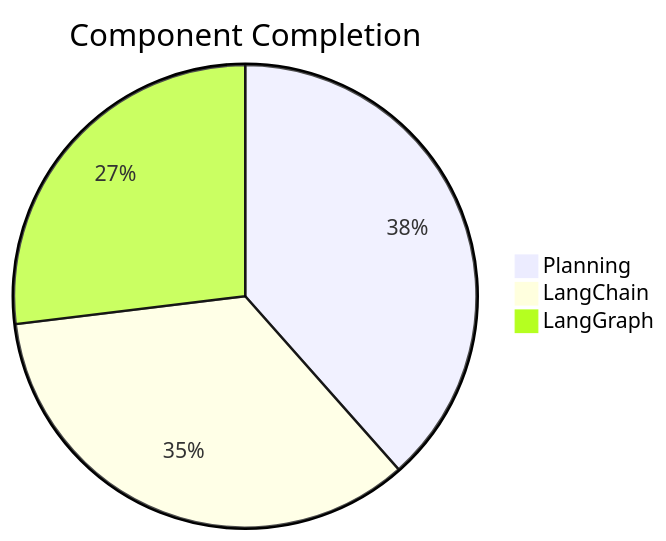
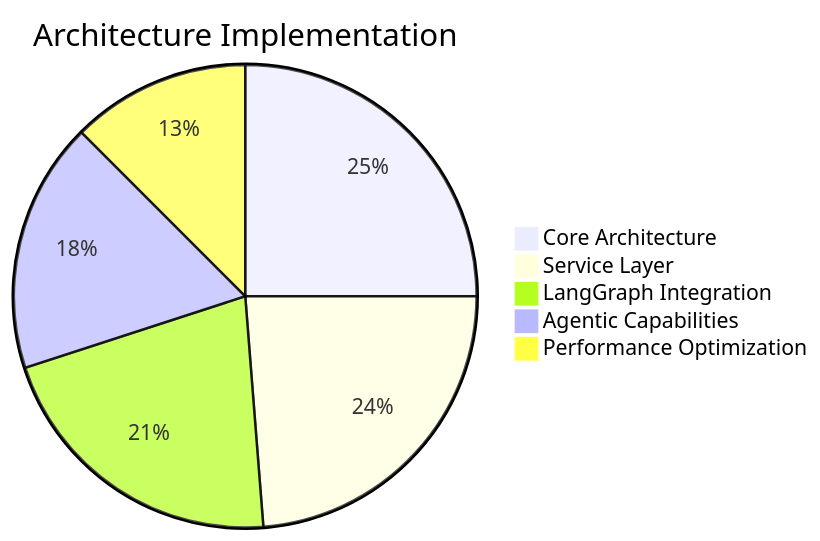
One commit to laialex501/lorechat-container changed the diagram in memory-bank/progress.md. Above: the diagram before and after it, drawn with Mermaid. The commit also changed other lines of this file and 18 other files, not shown here.

Commit message:
Add agentic conversation flow

````diff
--- a/memory-bank/progress.md
+++ b/memory-bank/progress.md
@@ -6,6 +6,8 @@
 ```mermaid
-pie title Component Completion
-    "Planning" : 100
-    "LangChain" : 90
-    "LangGraph" : 70
+pie title Architecture Implementation
+    "Core Architecture" : 100
+    "Service Layer" : 95
+    "LangGraph Integration" : 85
+    "Agentic Capabilities" : 70
+    "Performance Optimization" : 50
 ```
````
